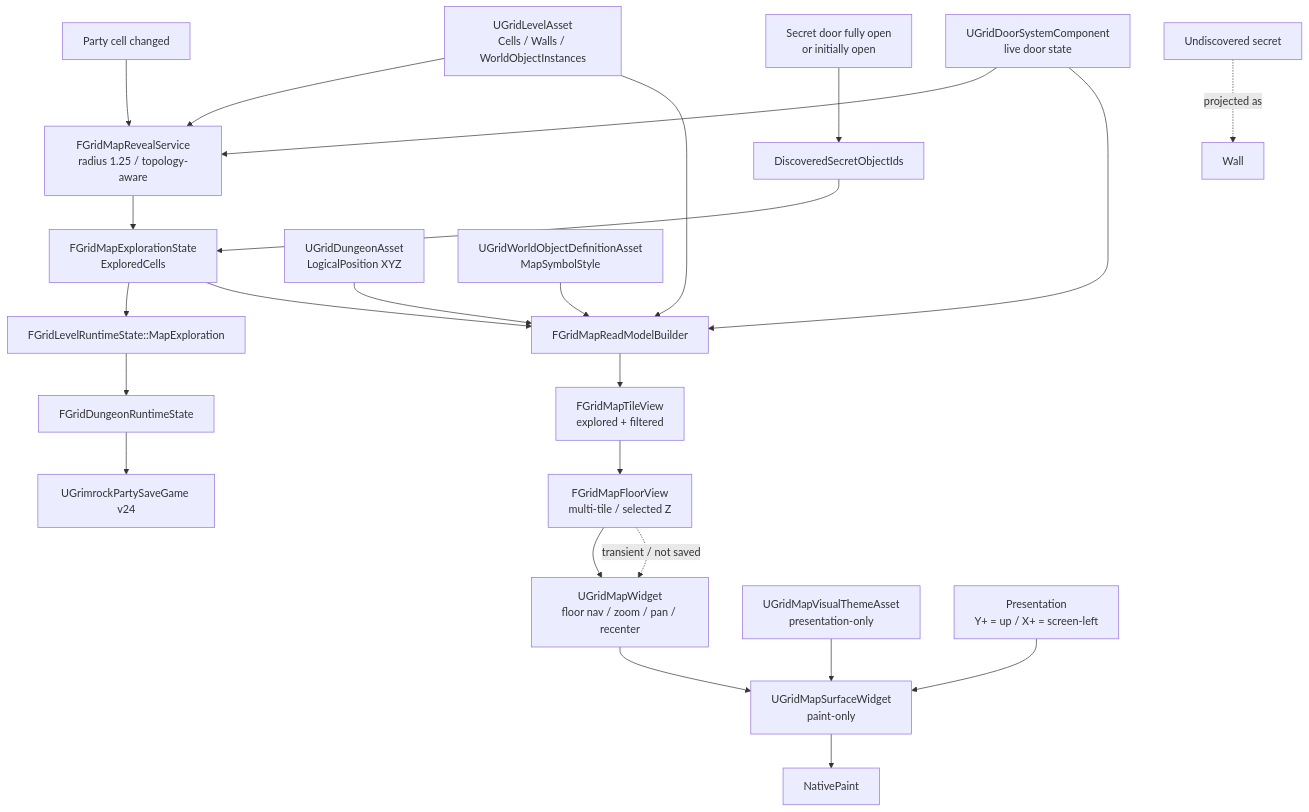
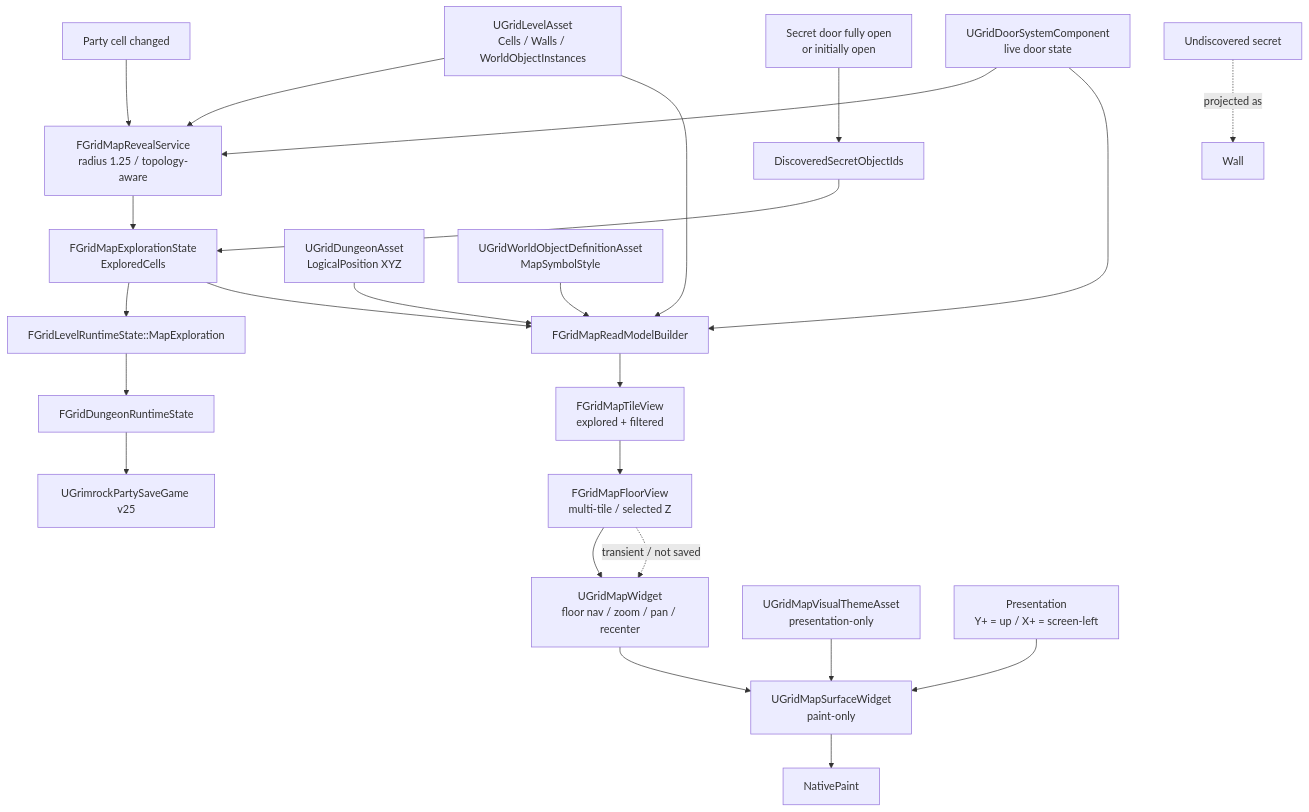
Diagram 13 of 18 in docs/Architecture/Maps/GRIMROCK_PROJECT_MAP_MERMAID.md (PhilippeMartin1964/GrimrockPrototype), drawn with Mermaid before and after one commit. The commit also changed other lines of this file and 22 other files, not shown here.

````diff
--- a/docs/Architecture/Maps/GRIMROCK_PROJECT_MAP_MERMAID.md
+++ b/docs/Architecture/Maps/GRIMROCK_PROJECT_MAP_MERMAID.md
@@ -232,30 +233,30 @@
 ```mermaid
 flowchart TB
     PARTY[Party cell changed] --> REVEAL[FGridMapRevealService<br/>radius 1.25 / topology-aware]
     LEVEL[UGridLevelAsset<br/>Cells / Walls / WorldObjectInstances] --> REVEAL
     DOOR[UGridDoorSystemComponent<br/>live door state] --> REVEAL
     REVEAL --> EXP[FGridMapExplorationState<br/>ExploredCells]
     SECRET[Secret door fully open<br/>or initially open] --> DISC[DiscoveredSecretObjectIds]
     DISC --> EXP
 
     EXP --> LSTATE[FGridLevelRuntimeState::MapExploration]
     LSTATE --> DSTATE[FGridDungeonRuntimeState]
-    DSTATE --> SAVE[UGrimrockPartySaveGame v24]
+    DSTATE --> SAVE[UGrimrockPartySaveGame v25]
 
     DUN[UGridDungeonAsset<br/>LogicalPosition XYZ] --> READ[FGridMapReadModelBuilder]
     LEVEL --> READ
     EXP --> READ
     DOOR --> READ
     DEF[UGridWorldObjectDefinitionAsset<br/>MapSymbolStyle] --> READ
 
     READ --> TILE[FGridMapTileView<br/>explored + filtered]
     TILE --> FLOOR[FGridMapFloorView<br/>multi-tile / selected Z]
     FLOOR --> W[UGridMapWidget<br/>floor nav / zoom / pan / recenter]
     W --> SURF[UGridMapSurfaceWidget<br/>paint-only]
     THEME[UGridMapVisualThemeAsset<br/>presentation-only] --> SURF
     ORIENT[Presentation<br/>Y+ = up / X+ = screen-left] --> SURF
     SURF --> PAINT[NativePaint]
 
     HIDDEN[Undiscovered secret] -. projected as .-> WALL[Wall]
     FLOOR -. transient / not saved .-> W
 ```
````
